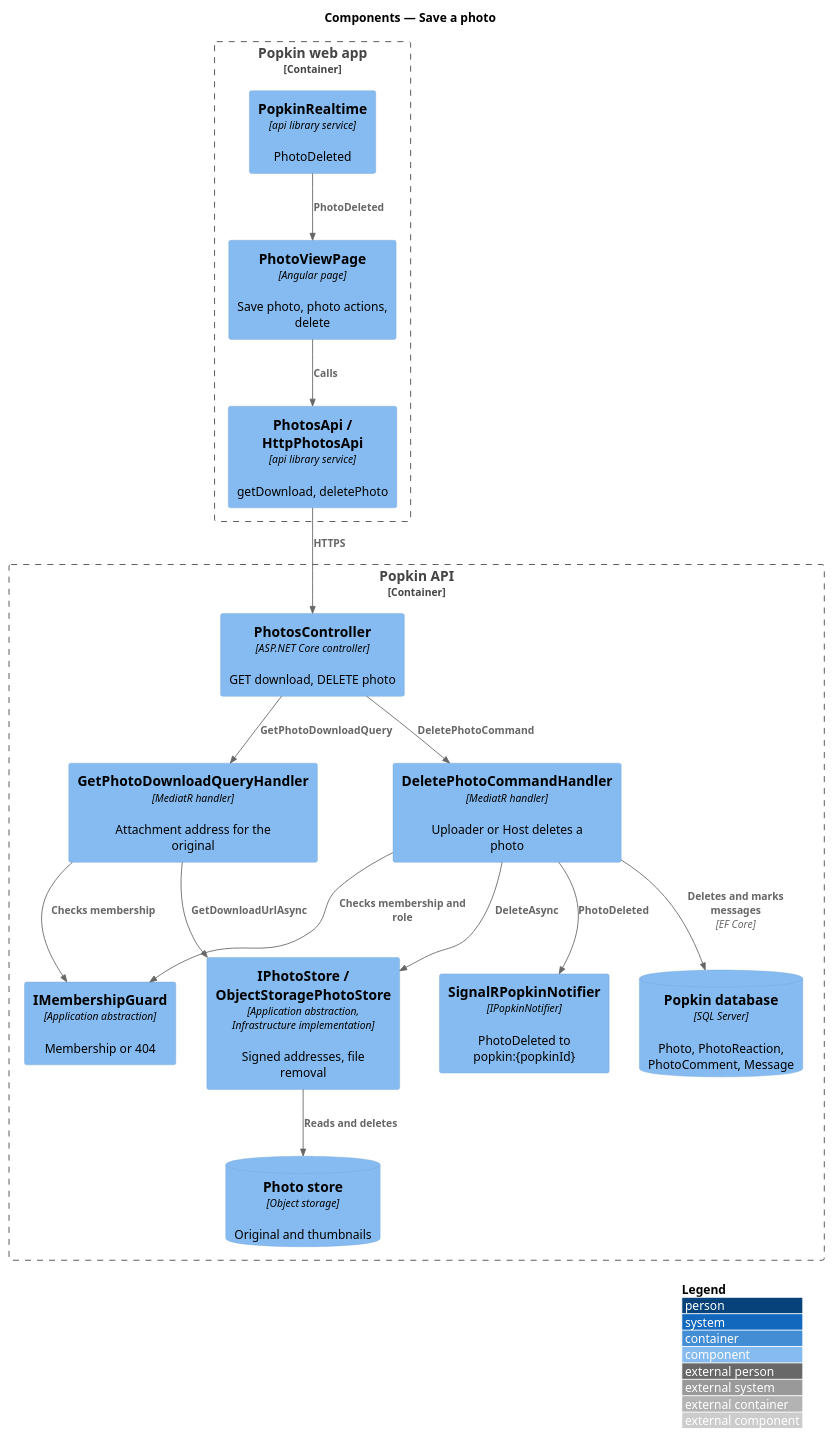
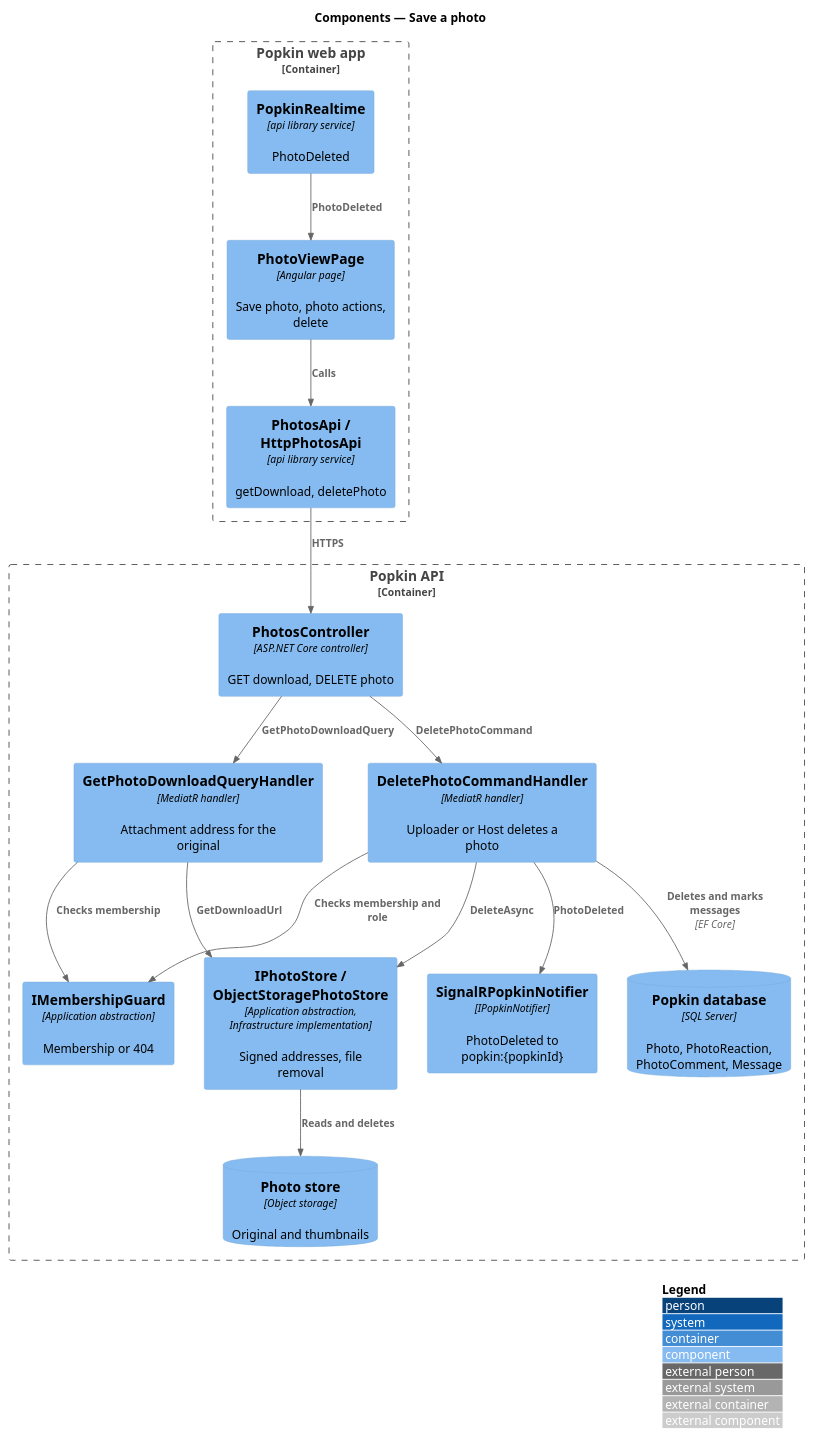
One commit to QuinntyneBrown/popkin changed the diagram in docs/detailed-designs/photos/save-photo/diagrams/c4-component.puml. Above: the diagram before and after it, drawn with PlantUML. The commit also changed 10 other files, not shown here.

```diff
--- a/docs/detailed-designs/photos/save-photo/diagrams/c4-component.puml
+++ b/docs/detailed-designs/photos/save-photo/diagrams/c4-component.puml
@@ -1,33 +1,33 @@
 @startuml
 !include <C4/C4_Component>
 LAYOUT_WITH_LEGEND()
 title Components — Save a photo
 
 Container_Boundary(spa, "Popkin web app") {
   Component(page, "PhotoViewPage", "Angular page", "Save photo, photo actions, delete")
   Component(photosApi, "PhotosApi / HttpPhotosApi", "api library service", "getDownload, deletePhoto")
   Component(rt, "PopkinRealtime", "api library service", "PhotoDeleted")
 }
 Container_Boundary(api, "Popkin API") {
   Component(ctrl, "PhotosController", "ASP.NET Core controller", "GET download, DELETE photo")
   Component(dl, "GetPhotoDownloadQueryHandler", "MediatR handler", "Attachment address for the original")
   Component(del, "DeletePhotoCommandHandler", "MediatR handler", "Uploader or Host deletes a photo")
   Component(guard, "IMembershipGuard", "Application abstraction", "Membership or 404")
   Component(store, "IPhotoStore / ObjectStoragePhotoStore", "Application abstraction, Infrastructure implementation", "Signed addresses, file removal")
   Component(notifier, "SignalRPopkinNotifier", "IPopkinNotifier", "PhotoDeleted to popkin:{popkinId}")
   ComponentDb(db, "Popkin database", "SQL Server", "Photo, PhotoReaction, PhotoComment, Message")
   ComponentDb(files, "Photo store", "Object storage", "Original and thumbnails")
 }
 Rel(page, photosApi, "Calls")
 Rel(rt, page, "PhotoDeleted")
 Rel(photosApi, ctrl, "HTTPS")
 Rel(ctrl, dl, "GetPhotoDownloadQuery")
 Rel(ctrl, del, "DeletePhotoCommand")
 Rel(dl, guard, "Checks membership")
 Rel(del, guard, "Checks membership and role")
-Rel(dl, store, "GetDownloadUrlAsync")
+Rel(dl, store, "GetDownloadUrl")
 Rel(del, db, "Deletes and marks messages", "EF Core")
 Rel(del, store, "DeleteAsync")
 Rel(store, files, "Reads and deletes")
 Rel(del, notifier, "PhotoDeleted")
 @enduml
```
